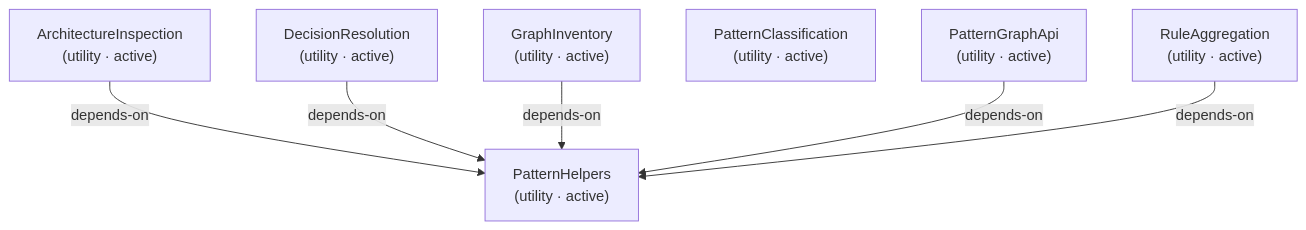
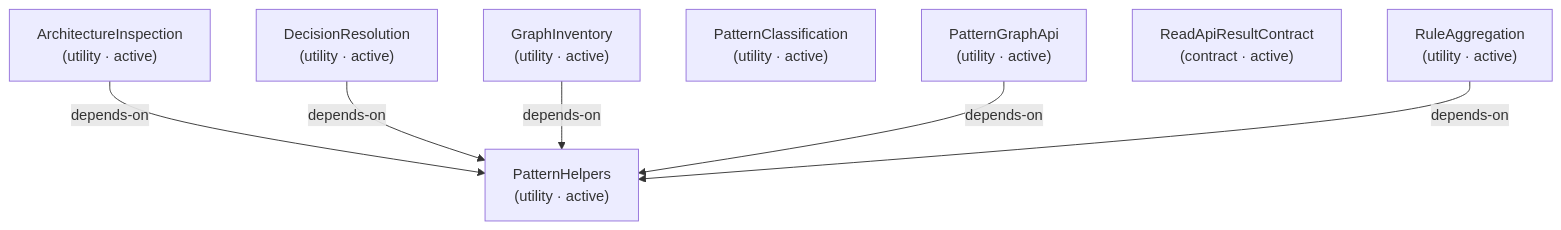
One commit to libar-dev/architect changed diagram 19 of 25 in docs-live/DESIGN-REVIEW.md. Above: the diagram before and after it, drawn with Mermaid. The commit also changed other lines of this file and 21 other files, not shown here.

First line of the commit message:
docs(live): regenerate docs-live from the reshaped graph

````diff
--- a/docs-live/DESIGN-REVIEW.md
+++ b/docs-live/DESIGN-REVIEW.md
@@ -405,15 +518,16 @@
 ```mermaid
 graph TD
   architectureinspection["ArchitectureInspection<br/>(utility · active)"]
   decisionresolution["DecisionResolution<br/>(utility · active)"]
   graphinventory["GraphInventory<br/>(utility · active)"]
   patternclassification["PatternClassification<br/>(utility · active)"]
   patterngraphapi["PatternGraphApi<br/>(utility · active)"]
   patternhelpers["PatternHelpers<br/>(utility · active)"]
+  readapiresultcontract["ReadApiResultContract<br/>(contract · active)"]
   ruleaggregation["RuleAggregation<br/>(utility · active)"]
   architectureinspection -->|depends-on| patternhelpers
   decisionresolution -->|depends-on| patternhelpers
   graphinventory -->|depends-on| patternhelpers
   patterngraphapi -->|depends-on| patternhelpers
   ruleaggregation -->|depends-on| patternhelpers
 ```
````
